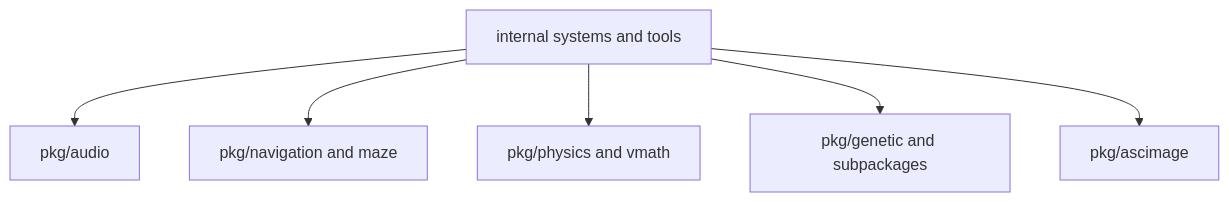
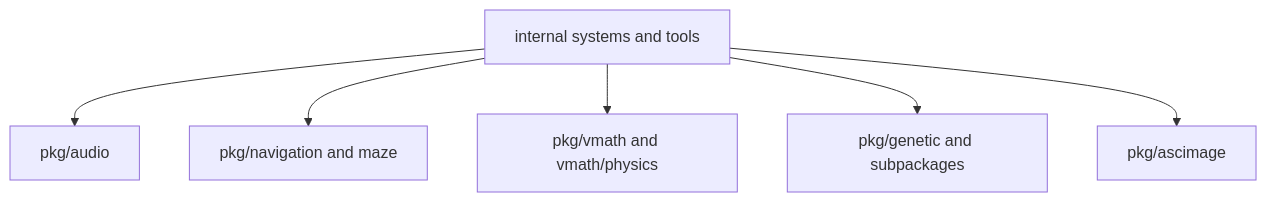
One commit to lixenwraith/vi-fighter changed the fourth of 4 diagrams in doc/package-map.md. Above: the diagram before and after it, drawn with Mermaid. The commit also changed other lines of this file and 15 other files, not shown here.

````diff
--- a/doc/package-map.md
+++ b/doc/package-map.md
@@ -83,8 +85,8 @@
 ```mermaid
 flowchart TD
     Game["internal systems and tools"] --> Audio["pkg/audio"]
     Game --> Nav["pkg/navigation and maze"]
-    Game --> Physics["pkg/physics and vmath"]
+    Game --> Physics["pkg/vmath and vmath/physics"]
     Game --> Genetic["pkg/genetic and subpackages"]
     Game --> Image["pkg/ascimage"]
 ```
````
